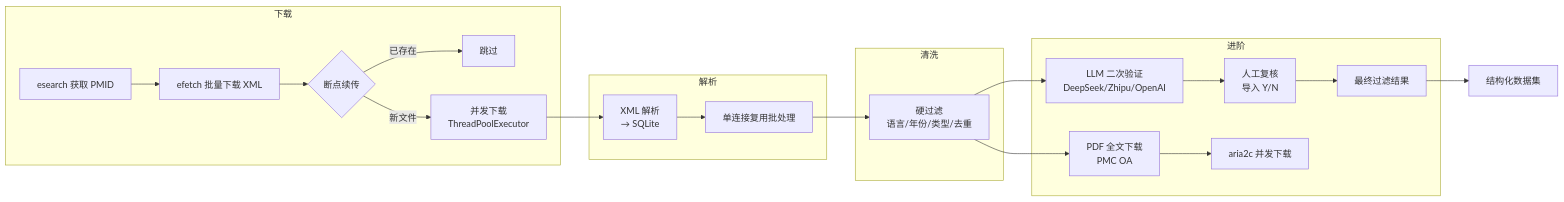
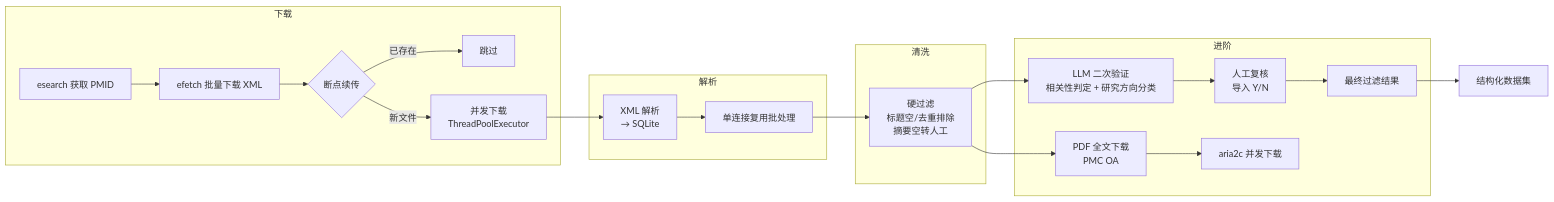
One commit to Nine-Days06/Potato-Literature-Search changed the diagram in README.md. Above: the diagram before and after it, drawn with Mermaid. The commit also changed other lines of this file and 19 other files, not shown here.

````diff
--- a/README.md
+++ b/README.md
@@ -64,29 +65,29 @@
 ```mermaid
 flowchart LR
     subgraph 下载
         A[esearch 获取 PMID] --> B[efetch 批量下载 XML]
         B --> C{断点续传}
         C -->|已存在| D[跳过]
         C -->|新文件| E[并发下载<br>ThreadPoolExecutor]
     end
 
     subgraph 解析
         F[XML 解析<br>→ SQLite] --> G[单连接复用批处理]
     end
 
     subgraph 清洗
-        H[硬过滤<br>语言/年份/类型/去重]
+        H[硬过滤<br>标题空/去重排除<br>摘要空转人工]
     end
 
     subgraph 进阶
-        I[LLM 二次验证<br>DeepSeek/Zhipu/OpenAI] --> J[人工复核<br>导入 Y/N]
+        I[LLM 二次验证<br>相关性判定 + 研究方向分类] --> J[人工复核<br>导入 Y/N]
         J --> K[最终过滤结果]
         L[PDF 全文下载<br>PMC OA] --> M[aria2c 并发下载]
     end
 
     E --> F
     G --> H
     H --> I
     H --> L
     K --> N[结构化数据集]
 ```
````
